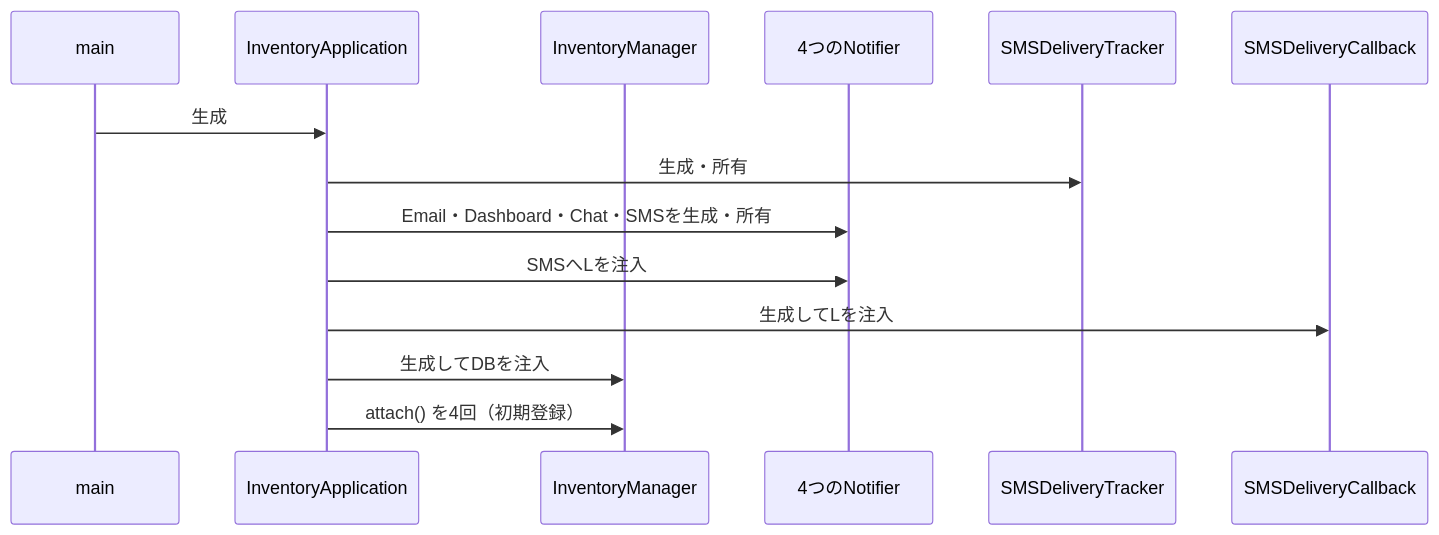
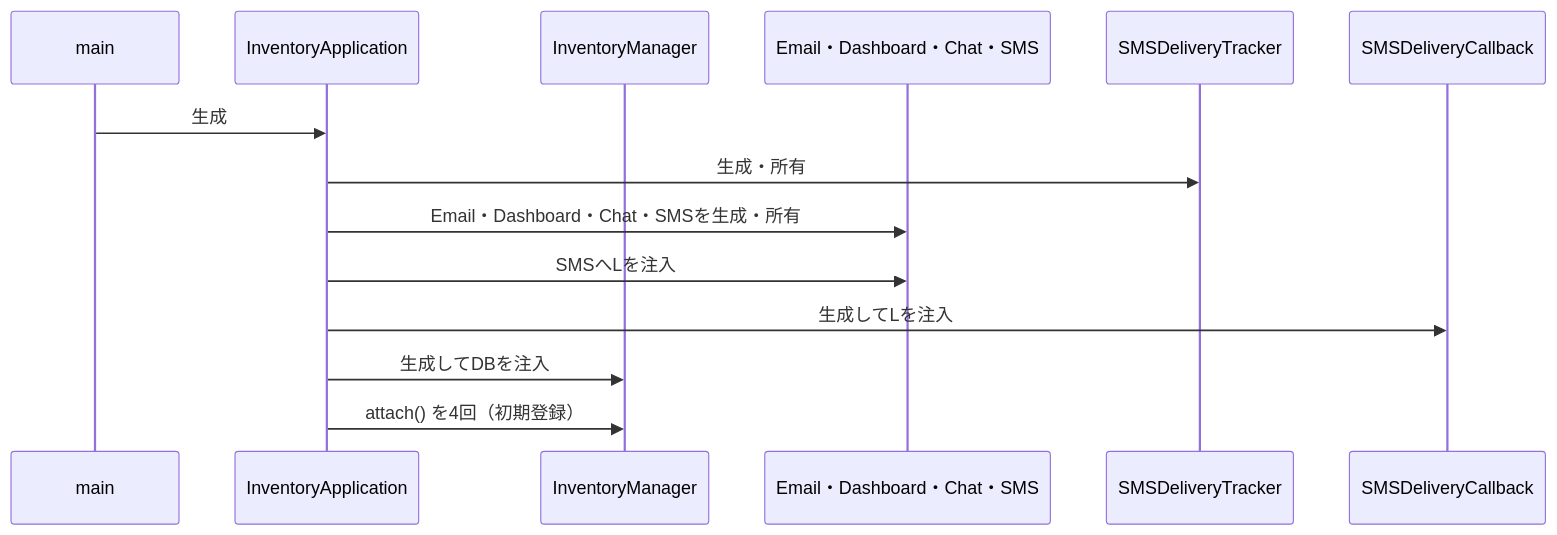
Before and after one commit to kumachan1101-pixel/DesignPattern: diagram 17 of 21 in kindle/design-patterns/books/volume01-core-patterns/output/05-chapter03.md, drawn with Mermaid. The commit also changed other lines of this file and 9 other files, not shown here.

Commit message:
要求の対象とシステム図の受け渡しを明確化

````diff
--- a/kindle/design-patterns/books/volume01-core-patterns/output/05-chapter03.md
+++ b/kindle/design-patterns/books/volume01-core-patterns/output/05-chapter03.md
@@ -2102,17 +2096,17 @@
 ```mermaid
 sequenceDiagram
     participant M as main
     participant A as InventoryApplication
     participant IM as InventoryManager
-    participant N as 4つのNotifier
+    participant N as Email・Dashboard・Chat・SMS
     participant L as SMSDeliveryTracker
     participant CB as SMSDeliveryCallback
 
     M->>A: 生成
     A->>L: 生成・所有
     A->>N: Email・Dashboard・Chat・SMSを生成・所有
     A->>N: SMSへLを注入
     A->>CB: 生成してLを注入
     A->>IM: 生成してDBを注入
     A->>IM: attach() を4回（初期登録）
 ```
````
